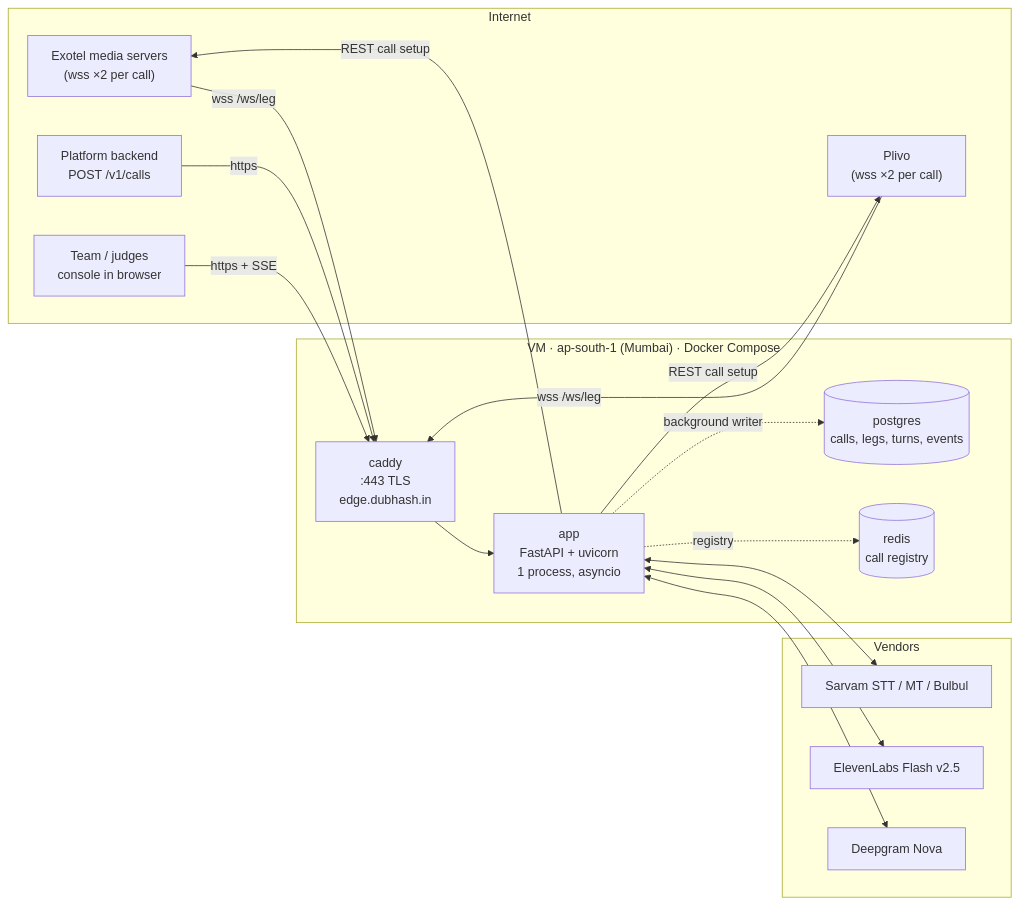
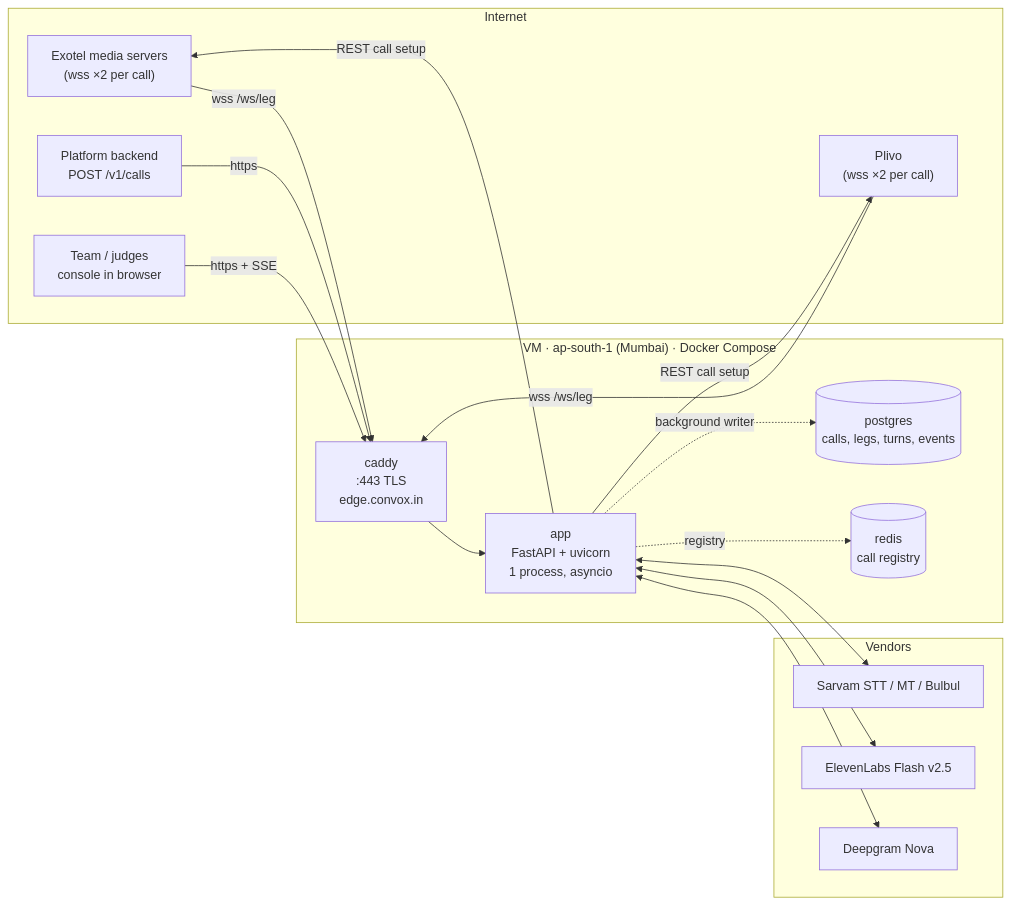
The first of 2 diagrams in docs/engineering/deployment.md (rohansx/convox), drawn with Mermaid before and after one commit. The commit also changed other lines of this file and 401 other files, not shown here.

````diff
--- a/docs/engineering/deployment.md
+++ b/docs/engineering/deployment.md
@@ -14,32 +14,32 @@
 ```mermaid
 flowchart LR
     subgraph Internet
       EX["Exotel media servers<br/>(wss ×2 per call)"]
       PL["Plivo<br/>(wss ×2 per call)"]
       PF["Platform backend<br/>POST /v1/calls"]
       OP["Team / judges<br/>console in browser"]
     end
     subgraph VM["VM · ap-south-1 (Mumbai) · Docker Compose"]
-      CA["caddy<br/>:443 TLS<br/>edge.dubhash.in"]
+      CA["caddy<br/>:443 TLS<br/>edge.convox.in"]
       AP["app<br/>FastAPI + uvicorn<br/>1 process, asyncio"]
       PG[("postgres<br/>calls, legs, turns, events")]
       RD[("redis<br/>call registry")]
     end
     subgraph Vendors
       SV["Sarvam STT / MT / Bulbul"]
       EL["ElevenLabs Flash v2.5"]
       DG["Deepgram Nova"]
     end
     EX -- wss /ws/leg --> CA
     PL -- wss /ws/leg --> CA
     PF -- https --> CA
     OP -- https + SSE --> CA
     CA --> AP
     AP -. background writer .-> PG
     AP -. registry .-> RD
     AP <--> SV
     AP <--> EL
     AP <--> DG
     AP -- REST call setup --> EX
     AP -- REST call setup --> PL
 ```
````
